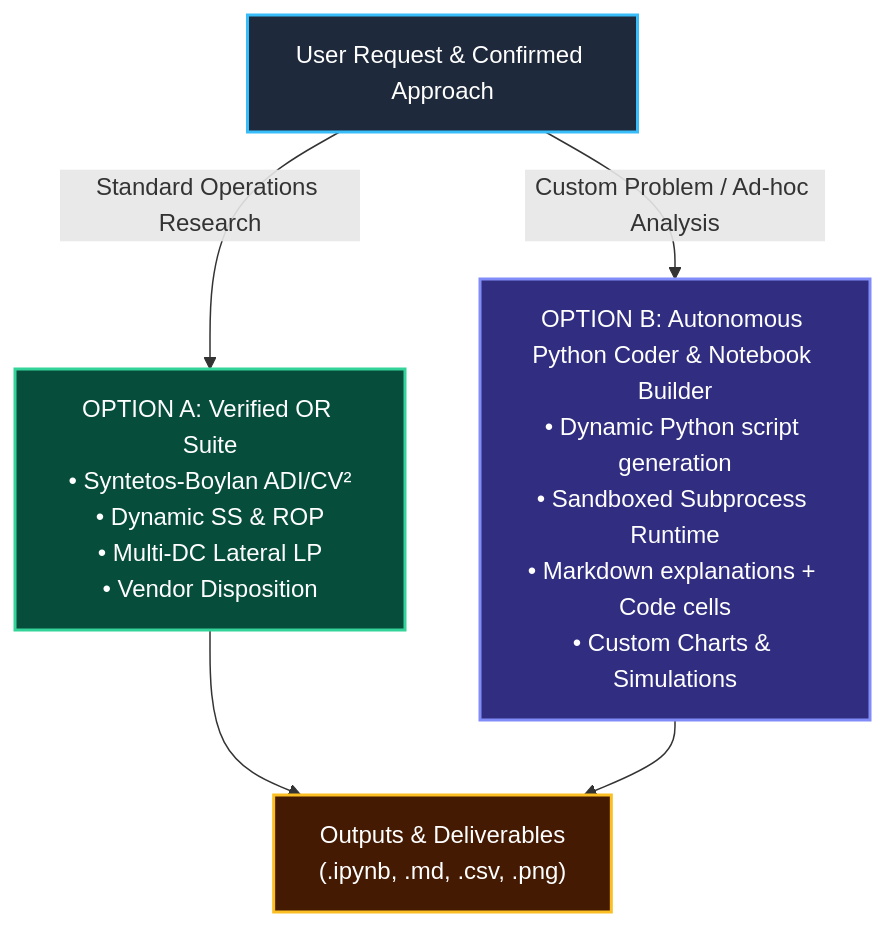
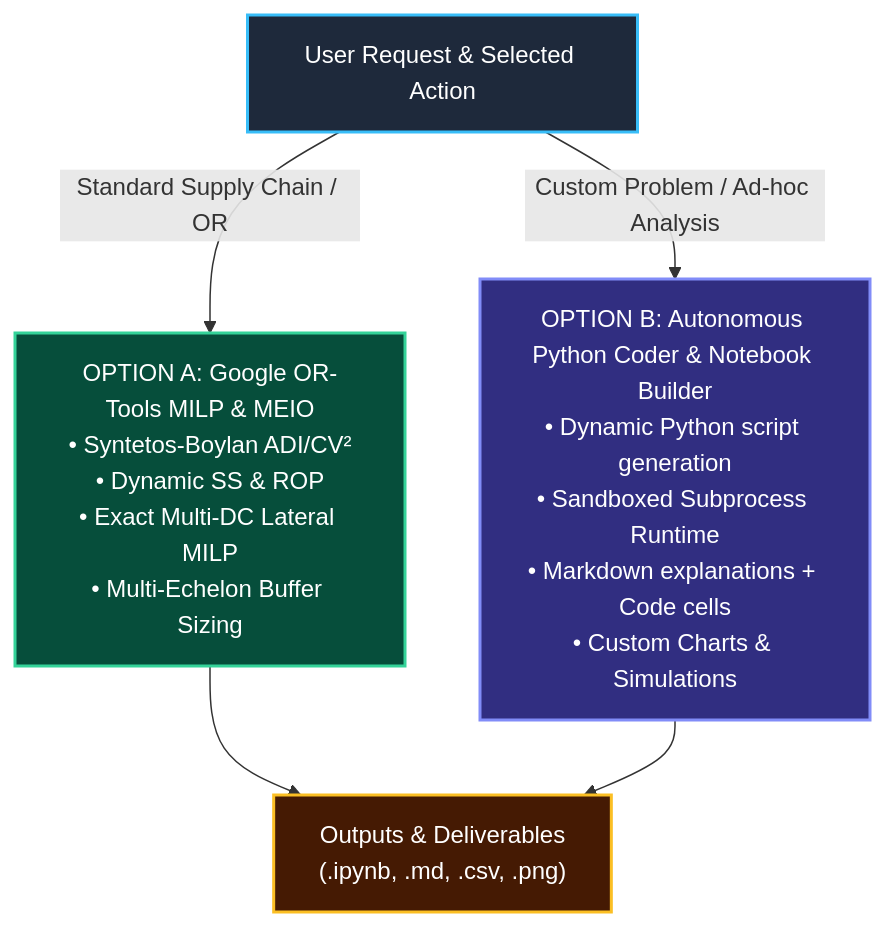
The second of 3 diagrams in README.md (Andrariando/AnalyticsBot), drawn with Mermaid before and after one commit. The commit also changed other lines of this file and 9 other files, not shown here.

Commit message:
feat: implement Google OR-Tools exact MILP, Multi-Echelon MEIO, Rolling Checkpoints, and Telegram Inline Buttons

````diff
--- a/README.md
+++ b/README.md
@@ -66,15 +60,15 @@
 ```mermaid
 graph TD
     classDef input fill:#1E293B,stroke:#38BDF8,stroke-width:2px,color:#FFFFFF;
     classDef opt fill:#064E3B,stroke:#34D399,stroke-width:2px,color:#FFFFFF;
     classDef py fill:#312E81,stroke:#818CF8,stroke-width:2px,color:#FFFFFF;
     classDef out fill:#451A03,stroke:#FBBF24,stroke-width:2px,color:#FFFFFF;
 
-    REQ["User Request & Confirmed Approach"]:::input
+    REQ["User Request & Selected Action"]:::input
 
-    REQ -->|Standard Operations Research| OPT_ENGINE["OPTION A: Verified OR Suite<br>• Syntetos-Boylan ADI/CV²<br>• Dynamic SS & ROP<br>• Multi-DC Lateral LP<br>• Vendor Disposition"]:::opt
+    REQ -->|Standard Supply Chain / OR| OPT_ENGINE["OPTION A: Google OR-Tools MILP & MEIO<br>• Syntetos-Boylan ADI/CV²<br>• Dynamic SS & ROP<br>• Exact Multi-DC Lateral MILP<br>• Multi-Echelon Buffer Sizing"]:::opt
     REQ -->|Custom Problem / Ad-hoc Analysis| PY_ENGINE["OPTION B: Autonomous Python Coder & Notebook Builder<br>• Dynamic Python script generation<br>• Sandboxed Subprocess Runtime<br>• Markdown explanations + Code cells<br>• Custom Charts & Simulations"]:::py
 
     OPT_ENGINE --> ARTIFACTS["Outputs & Deliverables<br>(.ipynb, .md, .csv, .png)"]:::out
     PY_ENGINE --> ARTIFACTS
 ```
````
